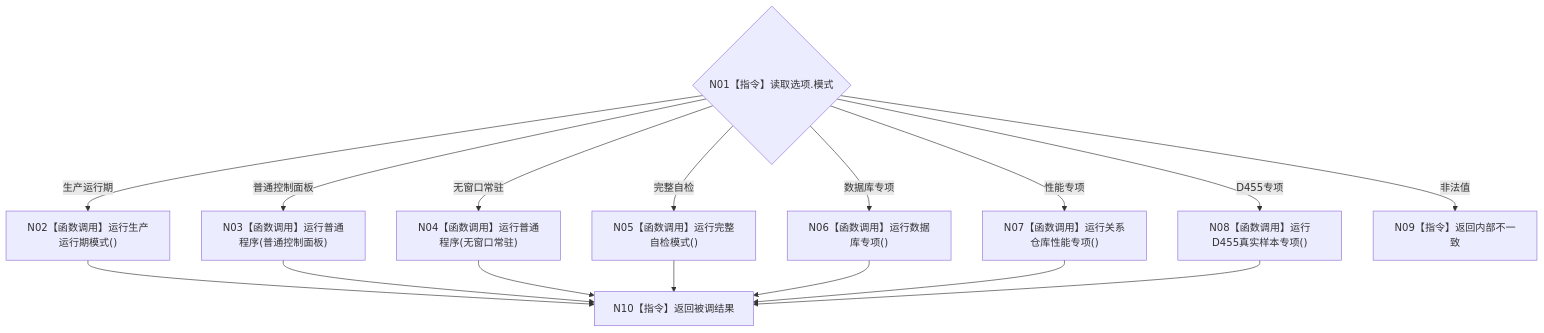
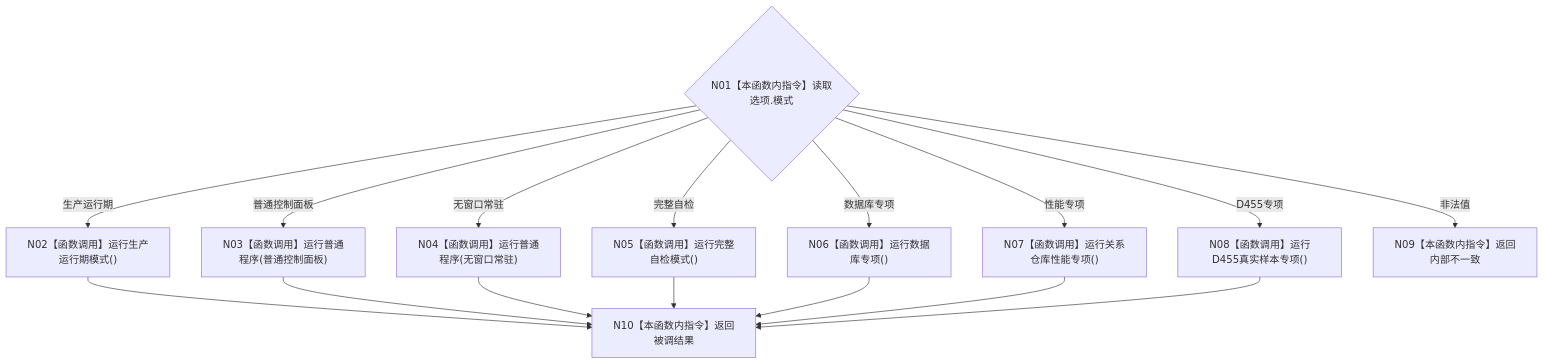
Before and after one commit to chunhaizh-cyber/HY-Ego: the diagram in 流程图/20260726_ENTRY-ONLY_F04_运行海中鱼巣_施工流程图_v0.1.md, drawn with Mermaid. The commit also changed other lines of this file and 88 other files, not shown here.

````diff
--- a/流程图/20260726_ENTRY-ONLY_F04_运行海中鱼巣_施工流程图_v0.1.md
+++ b/流程图/20260726_ENTRY-ONLY_F04_运行海中鱼巣_施工流程图_v0.1.md
@@ -8,19 +28,19 @@
 ```mermaid
 flowchart TD
-    N01{"N01【指令】读取选项.模式"}
+    N01{"N01【本函数内指令】读取选项.模式"}
     N01 -- "生产运行期" --> N02["N02【函数调用】运行生产运行期模式()"]
     N01 -- "普通控制面板" --> N03["N03【函数调用】运行普通程序(普通控制面板)"]
     N01 -- "无窗口常驻" --> N04["N04【函数调用】运行普通程序(无窗口常驻)"]
     N01 -- "完整自检" --> N05["N05【函数调用】运行完整自检模式()"]
     N01 -- "数据库专项" --> N06["N06【函数调用】运行数据库专项()"]
     N01 -- "性能专项" --> N07["N07【函数调用】运行关系仓库性能专项()"]
     N01 -- "D455专项" --> N08["N08【函数调用】运行D455真实样本专项()"]
-    N01 -- "非法值" --> N09["N09【指令】返回内部不一致"]
-    N02 --> N10["N10【指令】返回被调结果"]
+    N01 -- "非法值" --> N09["N09【本函数内指令】返回内部不一致"]
+    N02 --> N10["N10【本函数内指令】返回被调结果"]
     N03 --> N10
     N04 --> N10
     N05 --> N10
     N06 --> N10
     N07 --> N10
     N08 --> N10
 ```
````
